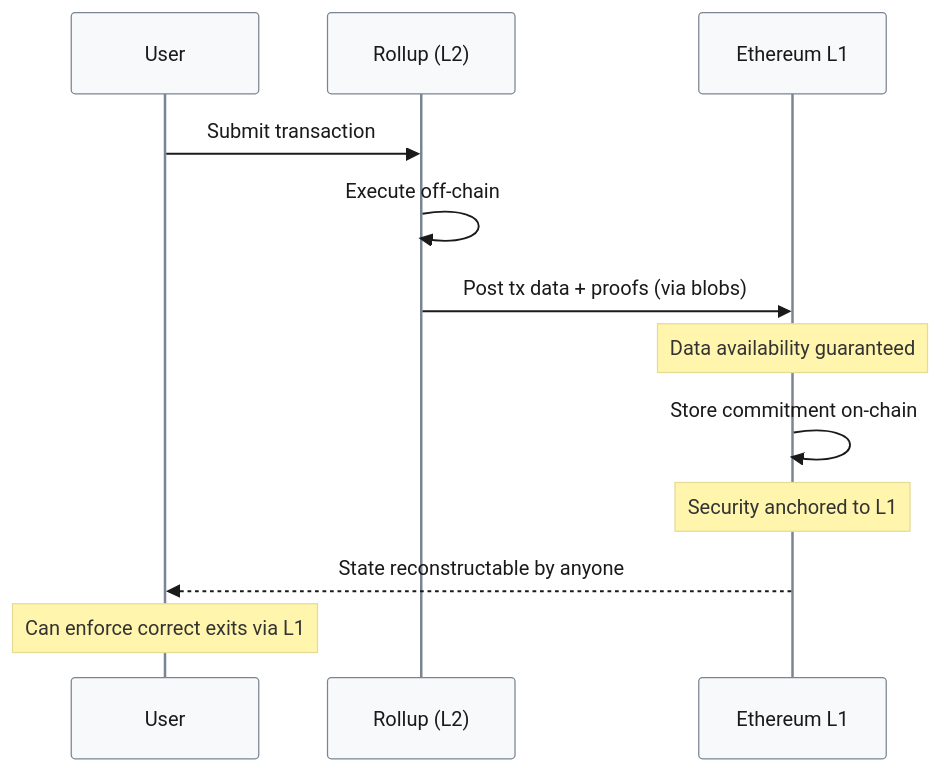
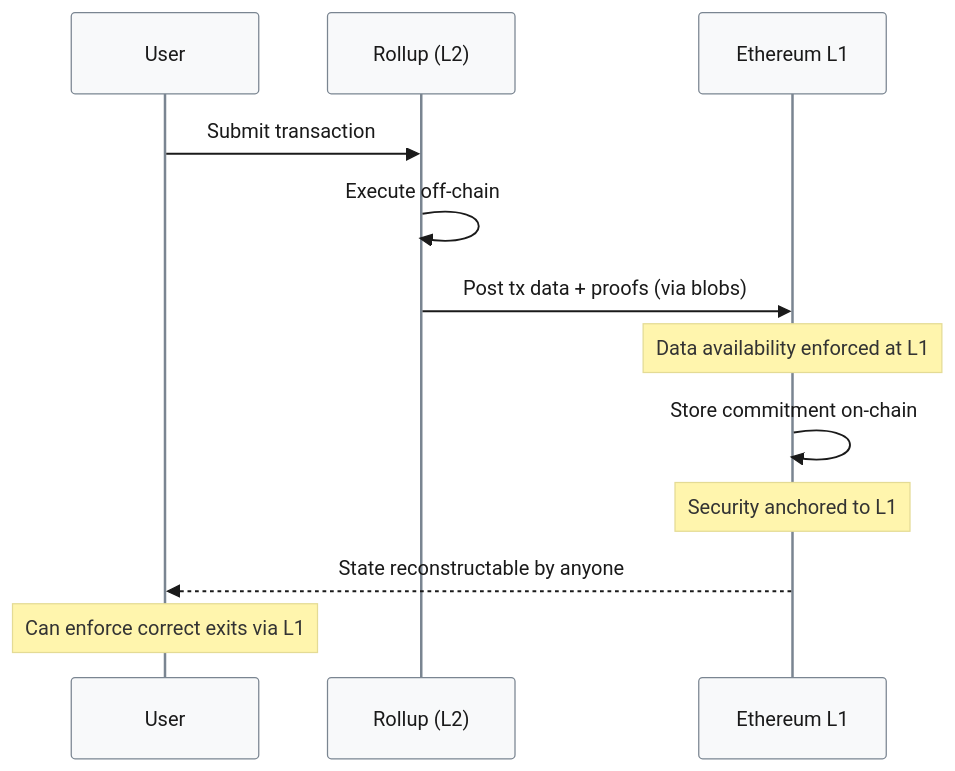
Before and after one commit to ljg-cqu/knowledge: the tenth of 14 diagrams in Blockchain/Architecture/Investigate/2025-11-22/Disscusion/Debug.md, drawn with Mermaid. The commit also changed other lines of this file and 5 other files, not shown here.

````diff
--- a/Blockchain/Architecture/Investigate/2025-11-22/Disscusion/Debug.md
+++ b/Blockchain/Architecture/Investigate/2025-11-22/Disscusion/Debug.md
@@ -625,26 +625,26 @@
 ```mermaid
 %%{init: {
   "theme": "base",
   "themeVariables": {
     "primaryColor": "#f8f9fa",
     "primaryTextColor": "#1a1a1a",
     "primaryBorderColor": "#7a8591",
     "lineColor": "#8897a8",
     "secondaryColor": "#eff6fb",
     "tertiaryColor": "#f3f5f7"
   }
 }}%%
 sequenceDiagram
     participant User
     participant Rollup as Rollup (L2)
     participant Ethereum as Ethereum L1
     
     User->>Rollup: Submit transaction
     Rollup->>Rollup: Execute off-chain
     Rollup->>Ethereum: Post tx data + proofs (via blobs)
-    Note over Ethereum: Data availability guaranteed
+    Note over Ethereum: Data availability enforced at L1
     Ethereum->>Ethereum: Store commitment on-chain
     Note over Ethereum: Security anchored to L1
     Ethereum-->>User: State reconstructable by anyone
     Note over User: Can enforce correct exits via L1
 ```
````
